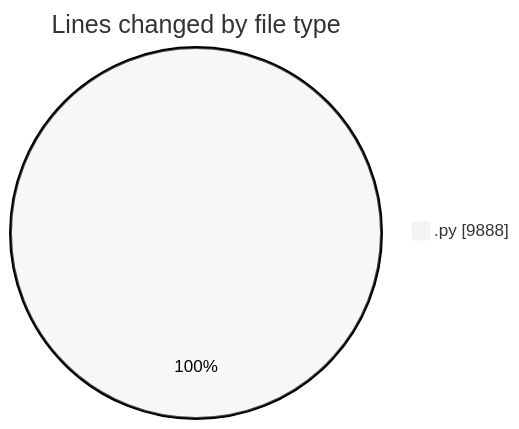
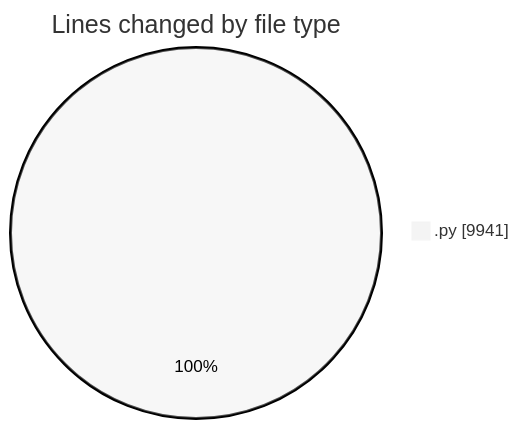
Before and after one commit to MatusMokan/code-tracking: the first of 2 diagrams in 2025-04-12/myws__workspace_/README.md, drawn with Mermaid (neutral theme). The commit also changed other lines of this file and 1 other file, not shown here.

````diff
--- a/2025-04-12/myws__workspace_/README.md
+++ b/2025-04-12/myws__workspace_/README.md
@@ -30,5 +31,5 @@
 ```mermaid
 pie showData
 title Lines changed by file type
-".py" : 9888
+".py" : 9941
 ```
````
